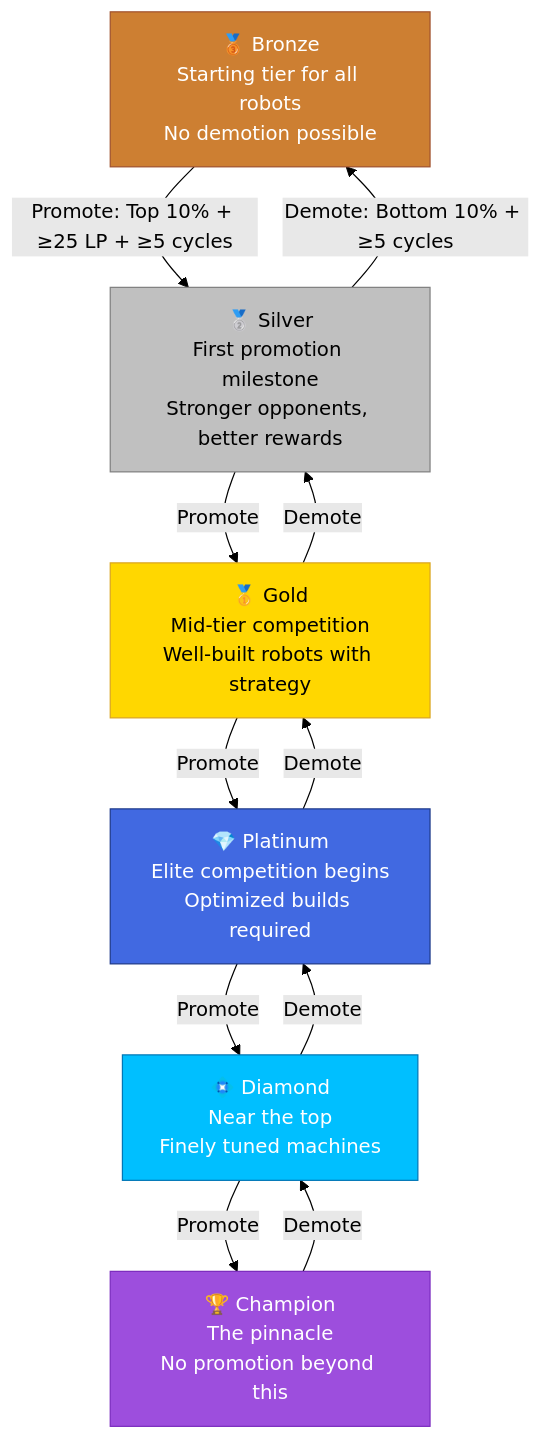
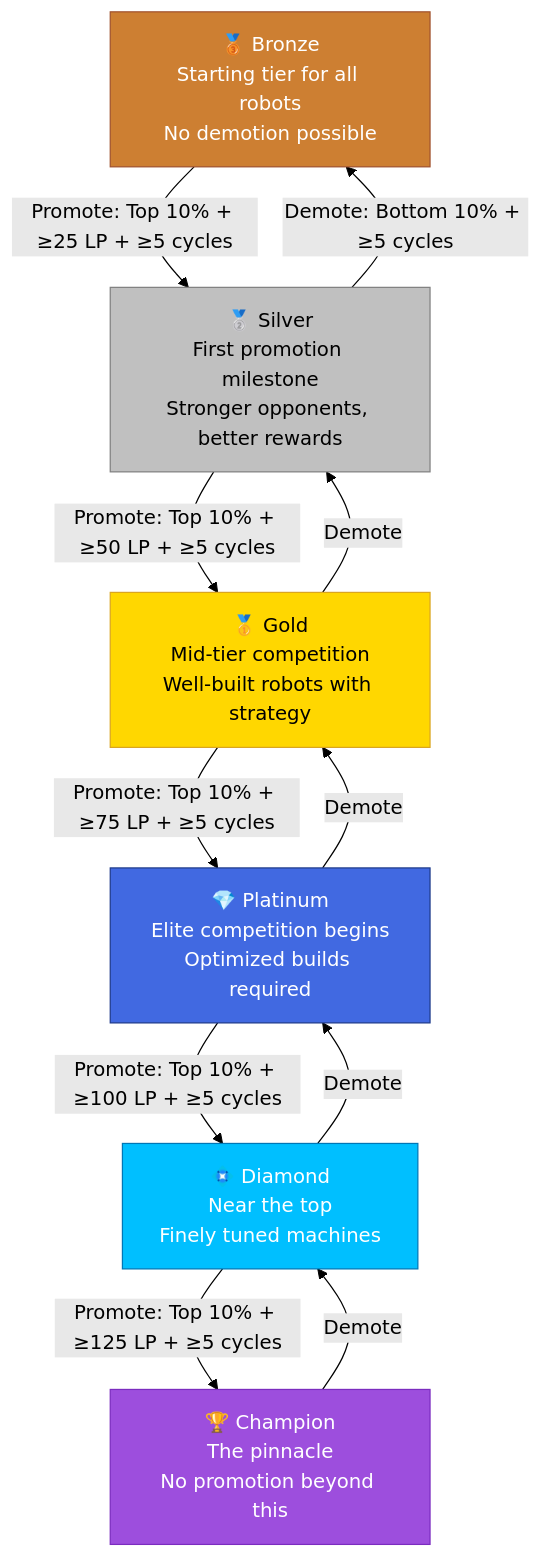
Before and after one commit to RobertTeunissen/ArmouredSouls: the diagram in app/backend/src/content/guide/leagues/promotion-demotion.md, drawn with Mermaid (forest theme). The commit also changed other lines of this file and 9 other files, not shown here.

````diff
--- a/app/backend/src/content/guide/leagues/promotion-demotion.md
+++ b/app/backend/src/content/guide/leagues/promotion-demotion.md
@@ -24,28 +24,28 @@
 ```mermaid
 flowchart TD
     B["🥉 Bronze\nStarting tier for all robots\nNo demotion possible"]
     S["🥈 Silver\nFirst promotion milestone\nStronger opponents, better rewards"]
     G["🥇 Gold\nMid-tier competition\nWell-built robots with strategy"]
     P["💎 Platinum\nElite competition begins\nOptimized builds required"]
     D["💠 Diamond\nNear the top\nFinely tuned machines"]
     C["🏆 Champion\nThe pinnacle\nNo promotion beyond this"]
 
     B -->|"Promote: Top 10% + ≥25 LP + ≥5 cycles"| S
-    S -->|"Promote"| G
-    G -->|"Promote"| P
-    P -->|"Promote"| D
-    D -->|"Promote"| C
+    S -->|"Promote: Top 10% + ≥50 LP + ≥5 cycles"| G
+    G -->|"Promote: Top 10% + ≥75 LP + ≥5 cycles"| P
+    P -->|"Promote: Top 10% + ≥100 LP + ≥5 cycles"| D
+    D -->|"Promote: Top 10% + ≥125 LP + ≥5 cycles"| C
 
     S -->|"Demote: Bottom 10% + ≥5 cycles"| B
     G -->|"Demote"| S
     P -->|"Demote"| G
     D -->|"Demote"| P
     C -->|"Demote"| D
 
     style B fill:#cd7f32,stroke:#a0522d,color:#fff
     style S fill:#c0c0c0,stroke:#808080,color:#000
     style G fill:#ffd700,stroke:#daa520,color:#000
     style P fill:#4169e1,stroke:#1e3a8a,color:#fff
     style D fill:#00bfff,stroke:#0077b6,color:#fff
     style C fill:#9d4edd,stroke:#7b2cbf,color:#fff
 ```
````
